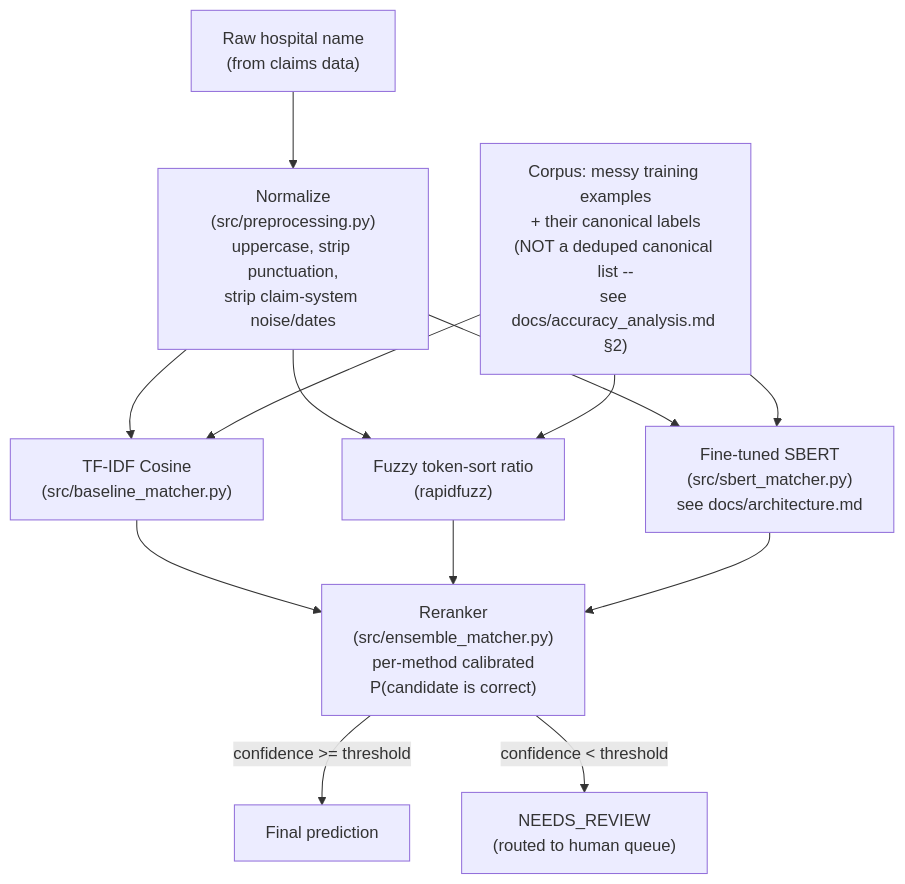
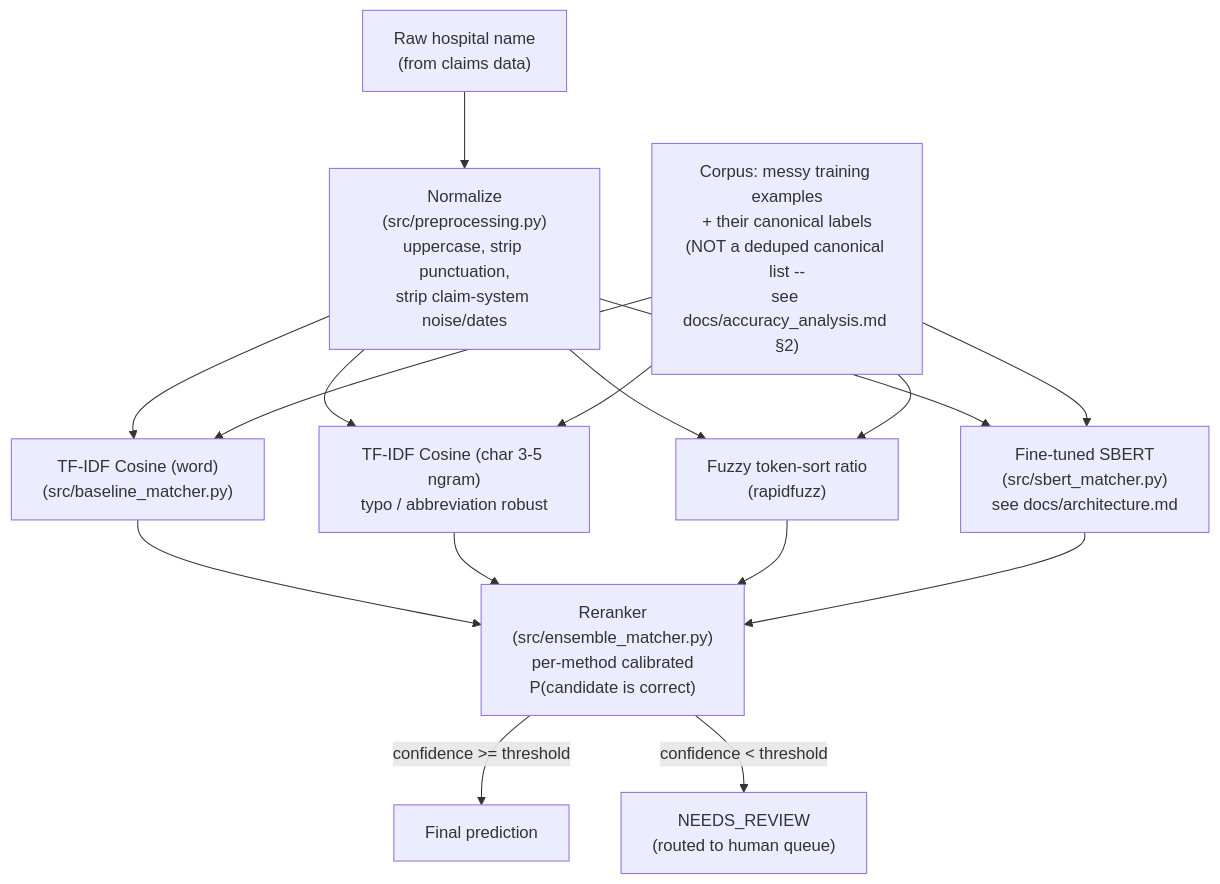
Before and after one commit to Barazan19/hospital-name-matching-nlp-sbert: the diagram in README.md, drawn with Mermaid. The commit also changed other lines of this file and 8 other files, not shown here.

First line of the commit message:
Add char-ngram matcher and retrieval-ceiling analysis

````diff
--- a/README.md
+++ b/README.md
@@ -44,19 +52,22 @@
 ```mermaid
 flowchart TB
     IN["Raw hospital name\n(from claims data)"] --> CLEAN["Normalize\n(src/preprocessing.py)\nuppercase, strip punctuation,\nstrip claim-system noise/dates"]
 
-    CLEAN --> COS["TF-IDF Cosine\n(src/baseline_matcher.py)"]
+    CLEAN --> COS["TF-IDF Cosine (word)\n(src/baseline_matcher.py)"]
+    CLEAN --> CH["TF-IDF Cosine (char 3-5 ngram)\ntypo / abbreviation robust"]
     CLEAN --> FUZ["Fuzzy token-sort ratio\n(rapidfuzz)"]
     CLEAN --> SB["Fine-tuned SBERT\n(src/sbert_matcher.py)\nsee docs/architecture.md"]
 
     REF["Corpus: messy training examples\n+ their canonical labels\n(NOT a deduped canonical list --\nsee docs/accuracy_analysis.md §2)"] --> COS
+    REF --> CH
     REF --> FUZ
     REF --> SB
 
     COS --> RR["Reranker\n(src/ensemble_matcher.py)\nper-method calibrated\nP(candidate is correct)"]
+    CH --> RR
     FUZ --> RR
     SB --> RR
 
     RR -->|confidence >= threshold| FINAL["Final prediction"]
     RR -->|confidence < threshold| REVIEW["NEEDS_REVIEW\n(routed to human queue)"]
 ```
````
